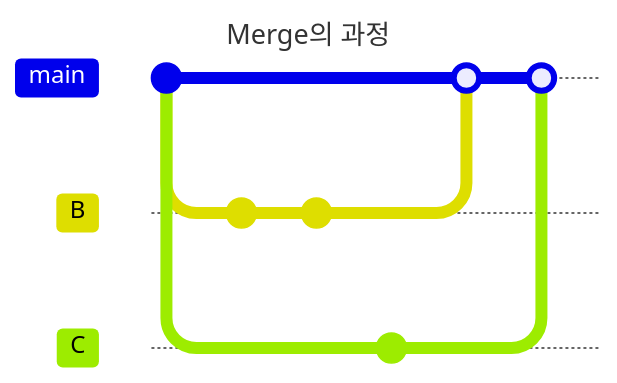
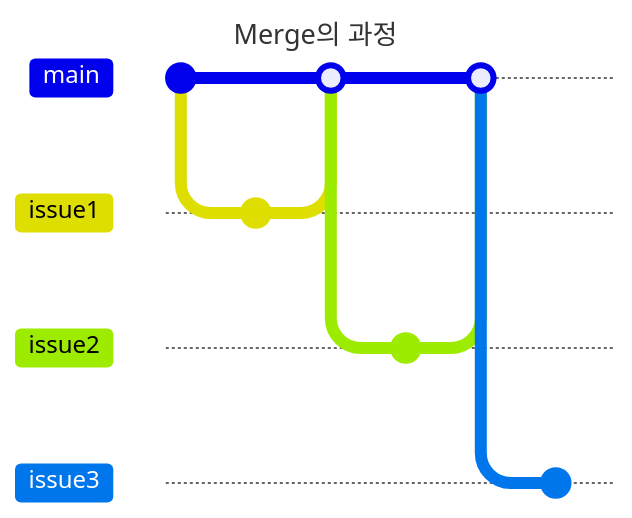
One commit to choiexe1/local changed the diagram in Daily/2025-03-12.md. Above: the diagram before and after it, drawn with Mermaid. The commit also changed other lines of this file and 1 other file, not shown here. Commit ids are hidden.

Commit message:
vault backup: 2025-03-12 13:14:16

````diff
--- a/Daily/2025-03-12.md
+++ b/Daily/2025-03-12.md
@@ -18,17 +20,22 @@
 ```mermaid
 ---
 title: Merge의 과정
 ---
 gitGraph
    commit
-   branch B
-   branch C
-   checkout B
+   branch issue1
+   checkout issue1
    commit
-   commit
-   checkout C
+   
+   checkout main
+   merge issue1
+   branch issue2
+   checkout issue2
    commit
    checkout main
-   merge B
-   merge C
+   merge issue2
+   
+   branch issue3
+   checkout issue3
+   commit
 ```
````
